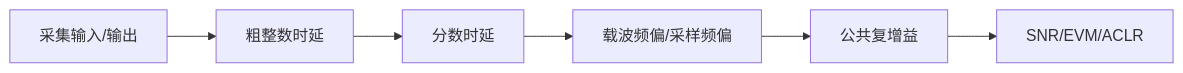
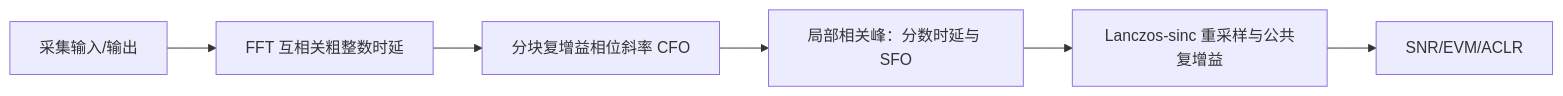
One commit to niyilu45/DPD_ILC changed the second of 8 diagrams in doc/Analysis.md. Above: the diagram before and after it, drawn with Mermaid. The commit also changed other lines of this file and 18 other files, not shown here.

````diff
--- a/doc/Analysis.md
+++ b/doc/Analysis.md
@@ -49,8 +41,8 @@
 ```mermaid
 flowchart LR
-    A["采集输入/输出"] --> B["粗整数时延"]
-    B --> C["分数时延"]
-    C --> D["载波频偏/采样频偏"]
-    D --> E["公共复增益"]
+    A["采集输入/输出"] --> B["FFT 互相关粗整数时延"]
+    B --> C["分块复增益相位斜率 CFO"]
+    C --> D["局部相关峰：分数时延与 SFO"]
+    D --> E["Lanczos-sinc 重采样与公共复增益"]
     E --> F["SNR/EVM/ACLR"]
 ```
````
